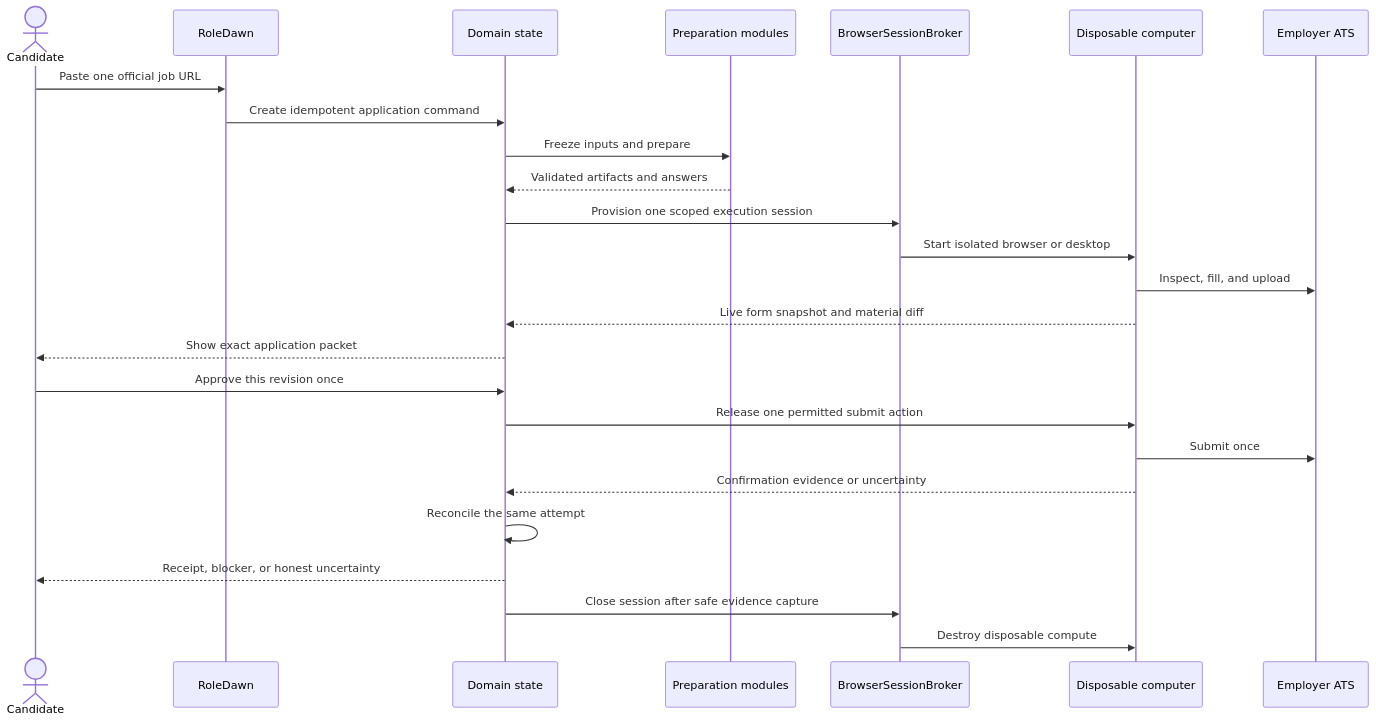
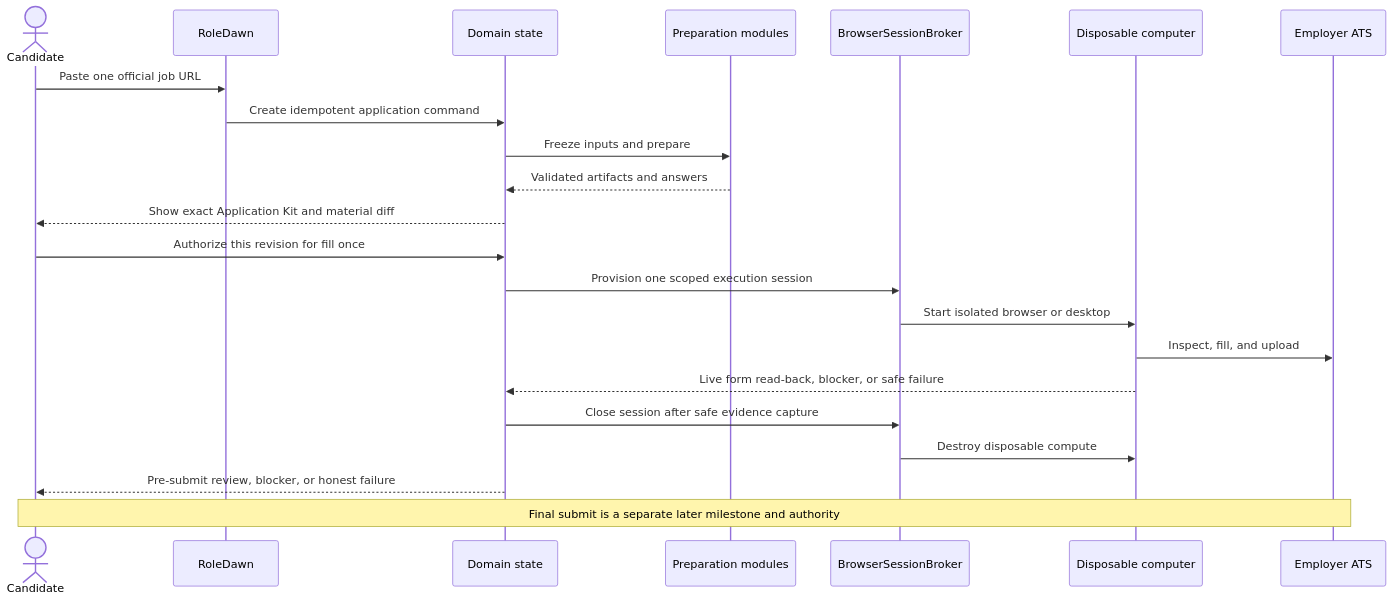
Before and after one commit to zackrichland/roledawn: the diagram in docs/architecture/pasted-link-application-engine.md, drawn with Mermaid. The commit also changed other lines of this file and 589 other files, not shown here.

````diff
--- a/docs/architecture/pasted-link-application-engine.md
+++ b/docs/architecture/pasted-link-application-engine.md
@@ -37,28 +44,25 @@
 ```mermaid
 sequenceDiagram
     actor U as Candidate
     participant UI as RoleDawn
     participant DB as Domain state
     participant P as Preparation modules
     participant B as BrowserSessionBroker
     participant C as Disposable computer
     participant ATS as Employer ATS
 
     U->>UI: Paste one official job URL
     UI->>DB: Create idempotent application command
     DB->>P: Freeze inputs and prepare
     P-->>DB: Validated artifacts and answers
+    DB-->>U: Show exact Application Kit and material diff
+    U->>DB: Authorize this revision for fill once
     DB->>B: Provision one scoped execution session
     B->>C: Start isolated browser or desktop
     C->>ATS: Inspect, fill, and upload
-    C-->>DB: Live form snapshot and material diff
-    DB-->>U: Show exact application packet
-    U->>DB: Approve this revision once
-    DB->>C: Release one permitted submit action
-    C->>ATS: Submit once
-    C-->>DB: Confirmation evidence or uncertainty
-    DB->>DB: Reconcile the same attempt
-    DB-->>U: Receipt, blocker, or honest uncertainty
+    C-->>DB: Live form read-back, blocker, or safe failure
     DB->>B: Close session after safe evidence capture
     B->>C: Destroy disposable compute
+    DB-->>U: Pre-submit review, blocker, or honest failure
+    Note over U,ATS: Final submit is a separate later milestone and authority
 ```
````
